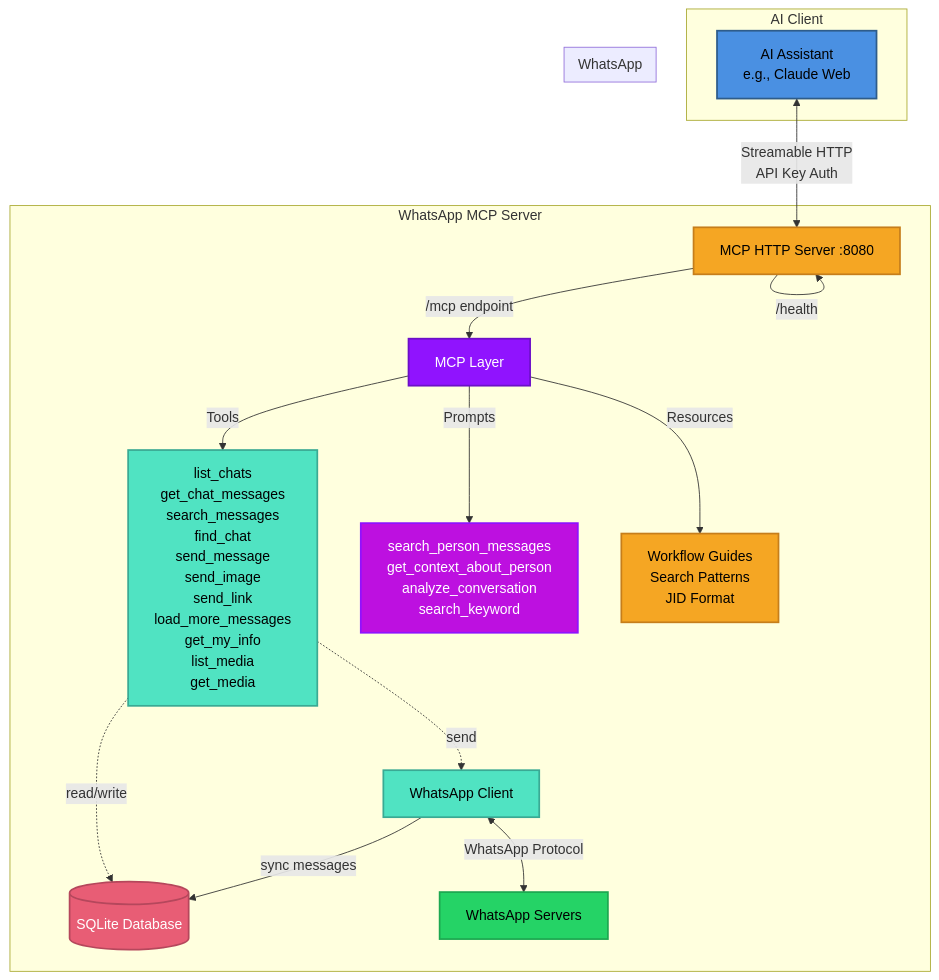
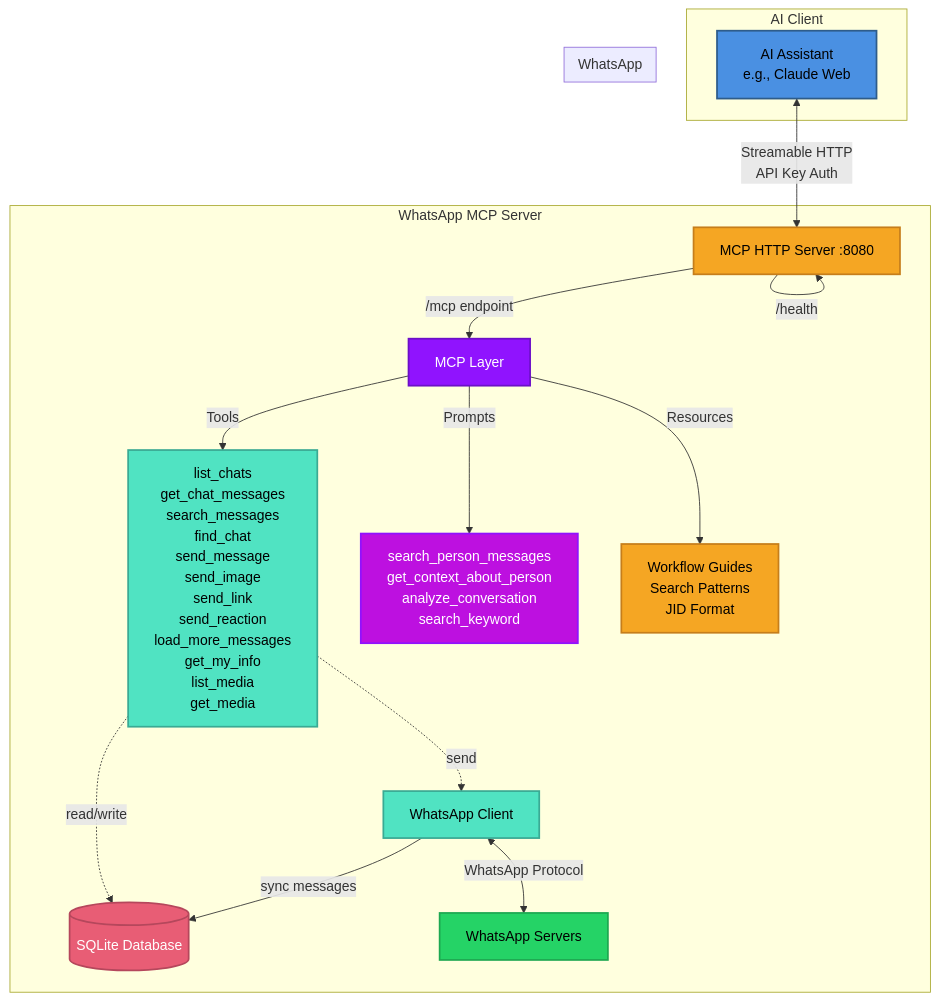
The diagram in README.md (benjaminmateev/whatsapp-mcp), drawn with Mermaid before and after one commit. The commit also changed other lines of this file and 3 other files, not shown here.

First line of the commit message:
feat: send_reaction tool

````diff
--- a/README.md
+++ b/README.md
@@ -89,42 +90,42 @@
 ```mermaid
 graph TB
     subgraph "AI Client"
         A[AI Assistant <br/> e.g., Claude Web]
     end
 
     subgraph "WhatsApp MCP Server"
         B[MCP HTTP Server :8080]
         C[MCP Layer]
         D[WhatsApp Client]
         E[(SQLite Database)]
 
         B -->|/mcp endpoint| C
         B -->|/health| B
 
-        C -->|Tools| C1[list_chats<br/>get_chat_messages<br/>search_messages<br/>find_chat<br/>send_message<br/>send_image<br/>send_link<br/>load_more_messages<br/>get_my_info<br/>list_media<br/>get_media]
+        C -->|Tools| C1[list_chats<br/>get_chat_messages<br/>search_messages<br/>find_chat<br/>send_message<br/>send_image<br/>send_link<br/>send_reaction<br/>load_more_messages<br/>get_my_info<br/>list_media<br/>get_media]
         C -->|Prompts| C2[search_person_messages<br/>get_context_about_person<br/>analyze_conversation<br/>search_keyword]
         C -->|Resources| C3[Workflow Guides<br/>Search Patterns<br/>JID Format]
 
         C1 -.->|read/write| E
         C1 -.->|send| D
 
         D -->|sync messages| E
         D <-->|WhatsApp Protocol| F
     end
 
     subgraph "WhatsApp"
         F[WhatsApp Servers]
     end
 
     A <-->|Streamable HTTP<br/>API Key Auth| B
 
     style A fill:#4A90E2,stroke:#2E5C8A,stroke-width:2px,color:#000
     style B fill:#F5A623,stroke:#C67E1B,stroke-width:2px,color:#000
     style C fill:#9013FE,stroke:#6B0FC7,stroke-width:2px,color:#fff
     style C1 fill:#50E3C2,stroke:#3AAA94,stroke-width:2px,color:#000
     style C2 fill:#BD10E0,stroke:#9012FE,stroke-width:2px,color:#fff
     style C3 fill:#F5A623,stroke:#C67E1B,stroke-width:2px,color:#000
     style D fill:#50E3C2,stroke:#3AAA94,stroke-width:2px,color:#000
     style E fill:#E85D75,stroke:#B5475C,stroke-width:2px,color:#fff
     style F fill:#25D366,stroke:#1DA851,stroke-width:2px,color:#000
 ```
````
